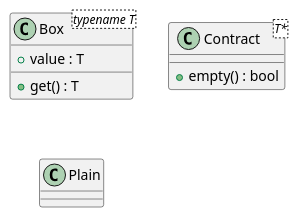
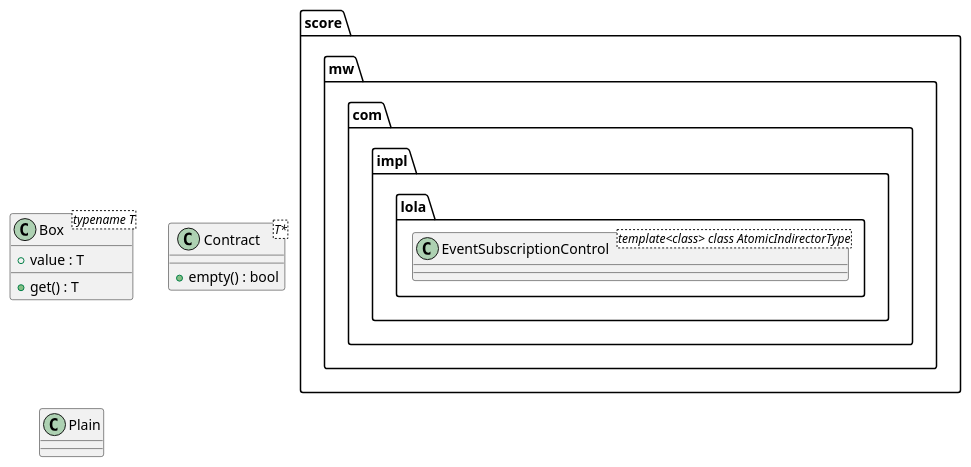
Before and after one commit to eclipse-score/tooling: the diagram in validation/core/integration_test/class_design_implementation/positive_explicit_instantiations/class_diagram.puml, drawn with PlantUML. The commit also changed 3 other files, not shown here.

```diff
--- a/validation/core/integration_test/class_design_implementation/positive_explicit_instantiations/class_diagram.puml
+++ b/validation/core/integration_test/class_design_implementation/positive_explicit_instantiations/class_diagram.puml
@@ -14,14 +14,26 @@
 @startuml positive_explicit_instantiations
 
 class "Box<typename T>" as Box {
     + value : T
     + get() : T
 }
 
 class "Contract<T*>" as Contract {
     + empty() : bool
 }
 
 class Plain
 
+namespace score {
+    namespace mw {
+        namespace com {
+            namespace impl {
+                namespace lola {
+                    class "EventSubscriptionControl<template<class> class AtomicIndirectorType>" as EventSubscriptionControl
+                }
+            }
+        }
+    }
+}
+
 @enduml
```
